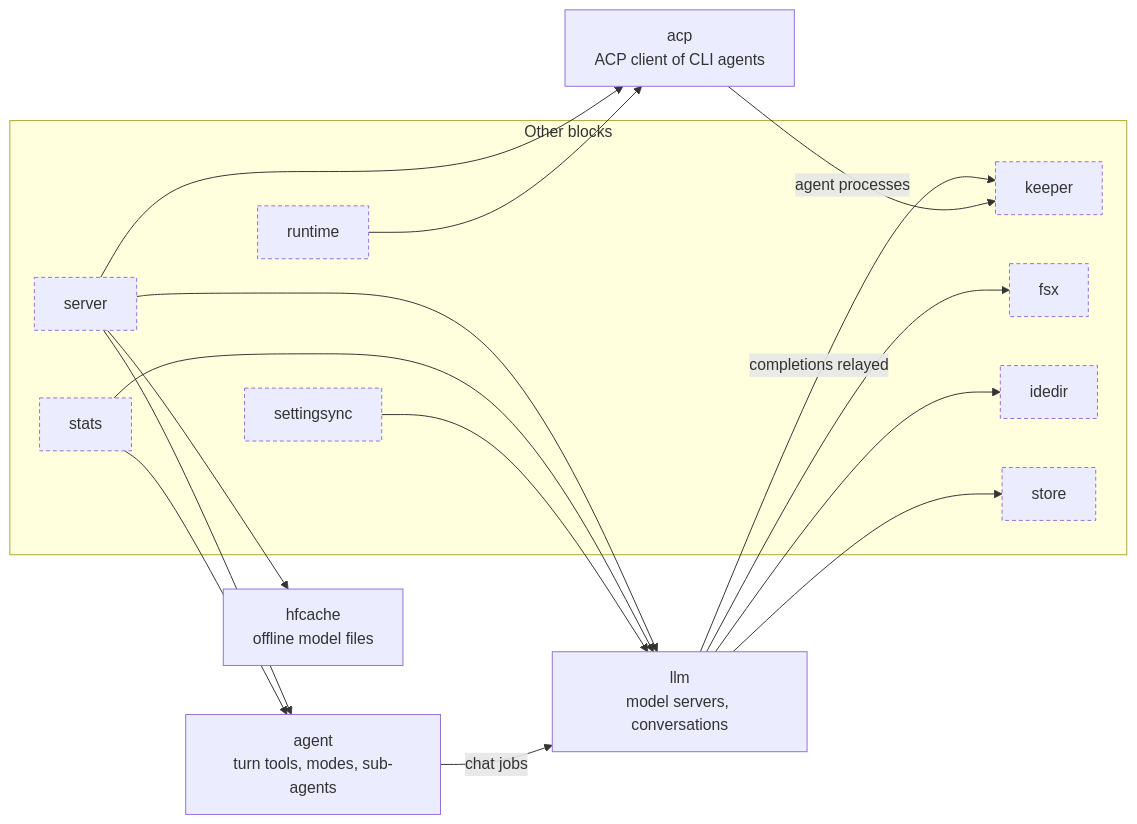
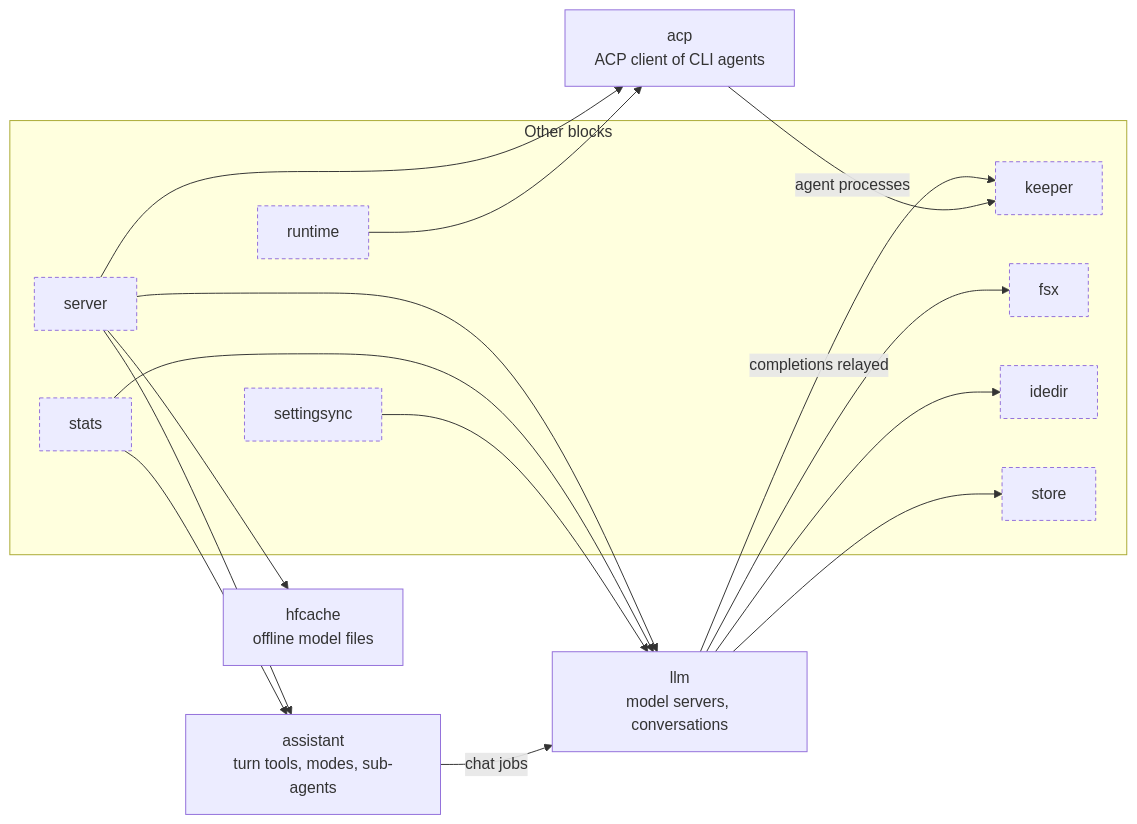
Before and after one commit to DrSmithFr/web-ide: the third of 5 diagrams in pod/internal/README.md, drawn with Mermaid. The commit also changed other lines of this file and 163 other files, not shown here.

First line of the commit message:
#98 Naming: the assistant is not an agent

````diff
--- a/pod/internal/README.md
+++ b/pod/internal/README.md
@@ -155,33 +155,33 @@
 ```mermaid
 flowchart LR
   subgraph g_Otherblocks["Other blocks"]
     server["server"]
     runtime["runtime"]
     stats["stats"]
     settingsync["settingsync"]
     keeper["keeper"]
     fsx["fsx"]
     idedir["idedir"]
     store["store"]
   end
   llm["llm<br/>model servers, conversations"]
-  agent["agent<br/>turn tools, modes, sub-agents"]
+  assistant["assistant<br/>turn tools, modes, sub-agents"]
   acp["acp<br/>ACP client of CLI agents"]
   hfcache["hfcache<br/>offline model files"]
   llm --> fsx
   llm --> idedir
   llm -->|"completions relayed"| keeper
   llm --> store
-  agent -->|"chat jobs"| llm
+  assistant -->|"chat jobs"| llm
   acp -->|"agent processes"| keeper
   server --> acp
-  server --> agent
+  server --> assistant
   server --> hfcache
   server --> llm
   runtime --> acp
-  stats --> agent
+  stats --> assistant
   stats --> llm
   settingsync --> llm
   classDef other stroke-dasharray: 4 3
   class server,runtime,stats,settingsync,keeper,fsx,idedir,store other
 ```
````
